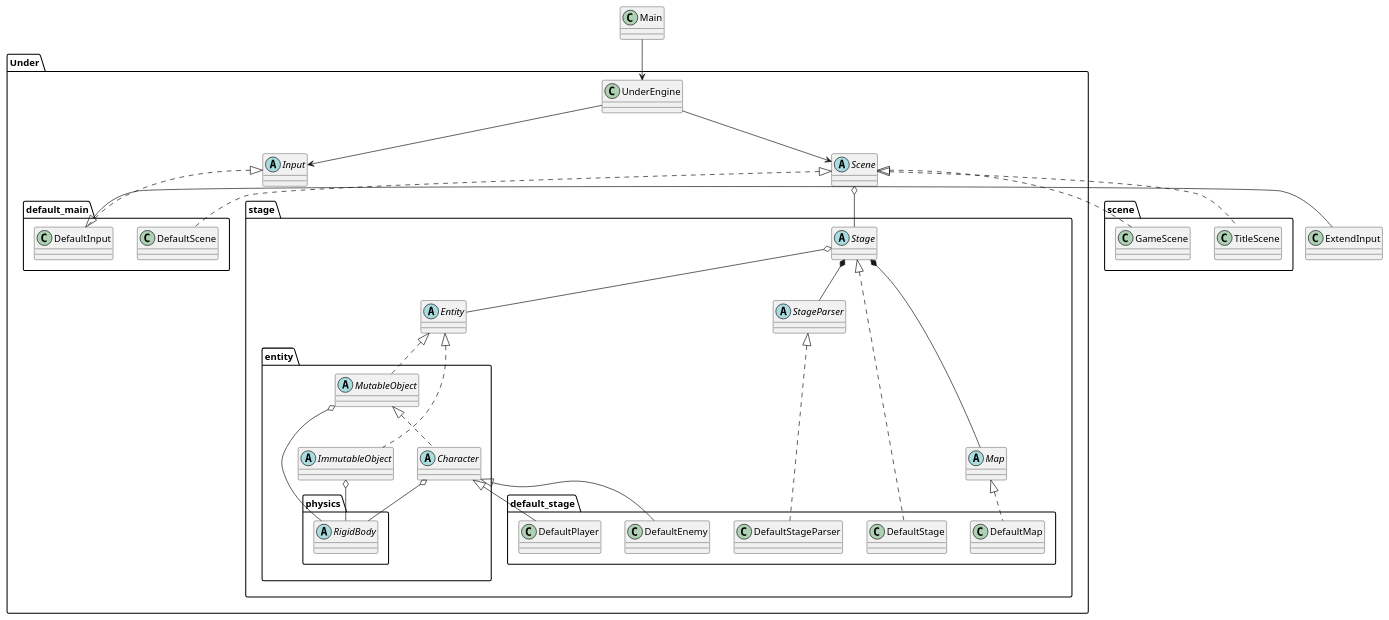
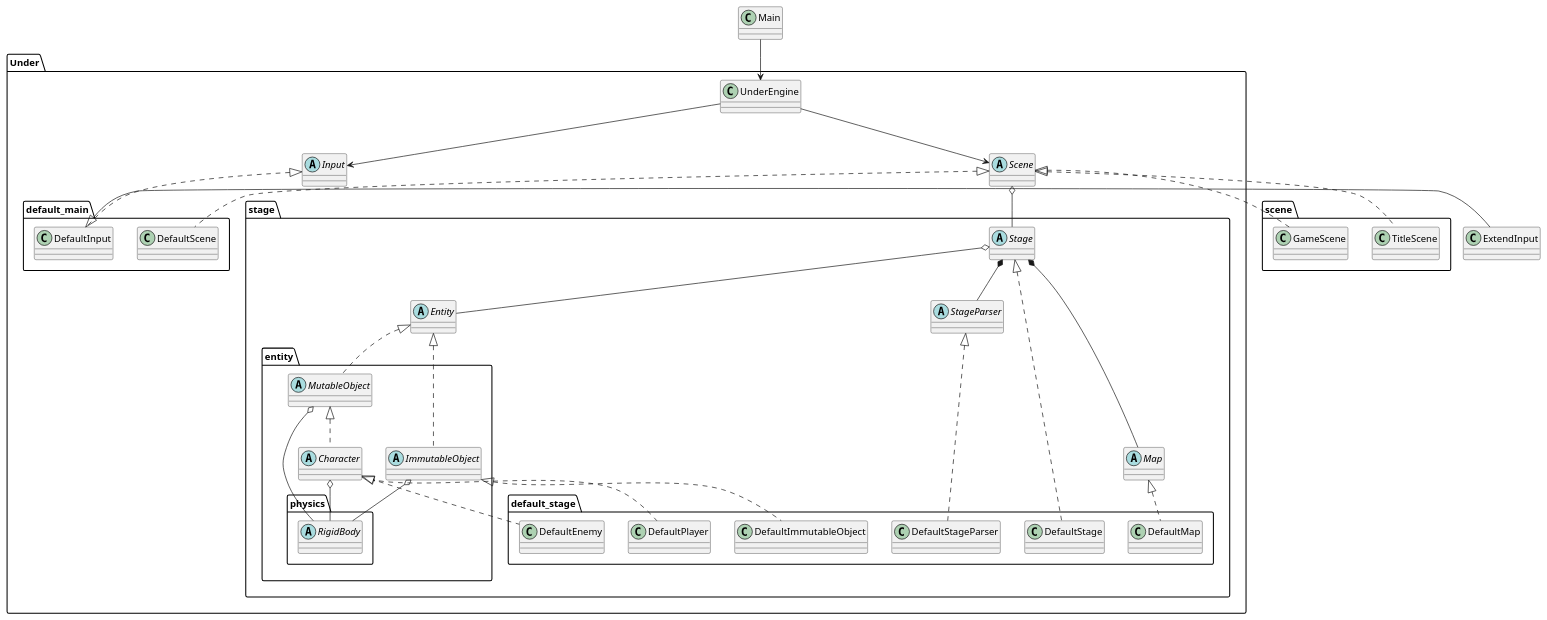
The diagram in uml/UnderEngine.wsd (Expine/Under), drawn with PlantUML before and after one commit. The commit also changed 16 other files, not shown here.

```diff
--- a/uml/UnderEngine.wsd
+++ b/uml/UnderEngine.wsd
@@ -1,77 +1,79 @@
 @startuml UnderEngine
 
 package Under {
     class UnderEngine
     abstract Scene
     abstract Input
 
     package default_main {
         class DefaultScene
         class DefaultInput
     }
 
     package stage {
         abstract Stage
         abstract Map
         abstract Entity
         abstract StageParser
 
         package entity {
             abstract ImmutableObject
             abstract MutableObject
             abstract Character
 
             package physics {
                 abstract RigidBody
             }
         }
 
         package default_stage {
             class DefaultStage
             class DefaultMap
             class DefaultStageParser
+            class DefaultImmutableObject
             class DefaultPlayer
             class DefaultEnemy
         }
     }
 }
 
 package scene {
     class TitleScene
     class GameScene
 }
 
 Main --> UnderEngine
 
 UnderEngine --> Input
 UnderEngine --> Scene
 
 Input <|.. DefaultInput
 DefaultInput <|- ExtendInput
 
 Scene <|.. DefaultScene
 Scene o-- Stage
 
 Scene <|.. TitleScene
 Scene <|.. GameScene
 
 Stage o-- Entity
 Stage *-- Map
 Stage *-- StageParser
 
 Entity <|.. ImmutableObject
 Entity <|.. MutableObject
 MutableObject <|.. Character
 
-Character <|-- DefaultPlayer
-Character <|-- DefaultEnemy
+Character <|.. DefaultPlayer
+Character <|.. DefaultEnemy
 
 ImmutableObject o-- RigidBody
 MutableObject o-- RigidBody
 Character o-- RigidBody
 
 Stage <|.. DefaultStage
 Map <|.. DefaultMap
 StageParser <|.. DefaultStageParser
+ImmutableObject <|.. DefaultImmutableObject
 
 @enduml
```
